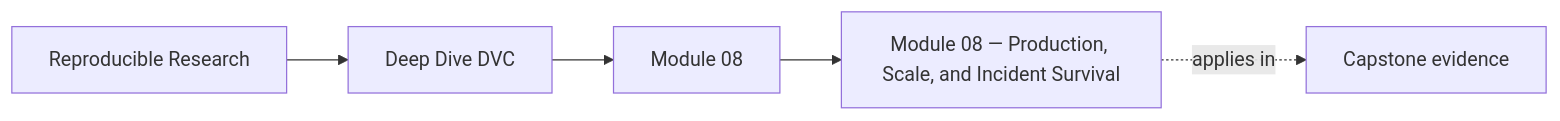
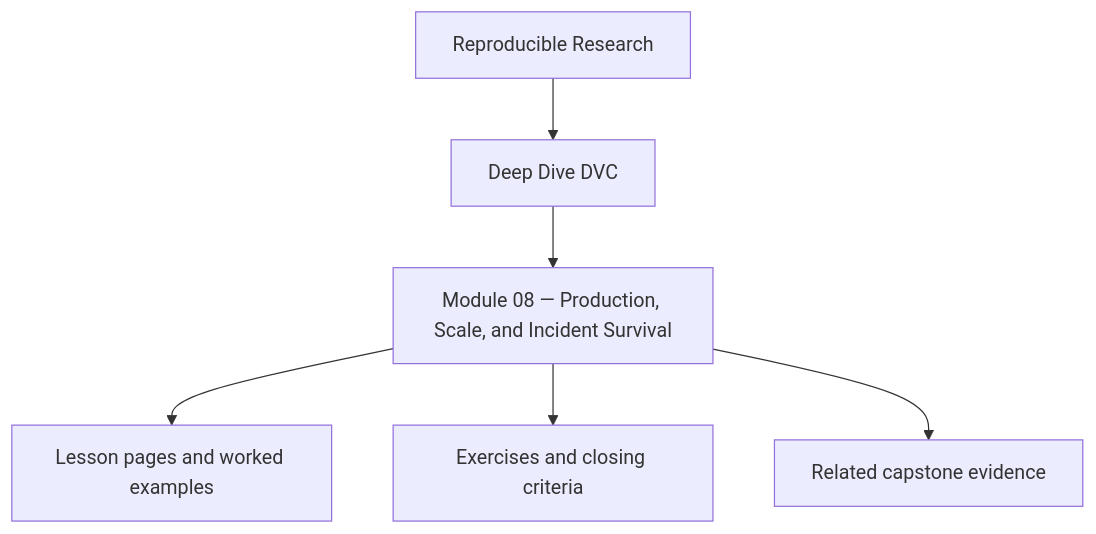
The first of 3 diagrams in programs/reproducible-research/deep-dive-dvc/course-book/module-08-production-scale-and-incident-survival/index.md (bijux/bijux-masterclass), drawn with Mermaid before and after one commit. The commit also changed other lines of this file and 10 other files, not shown here.

Commit message:
docs(deep-dive-dvc): reposition module overview diagrams

````diff
--- a/programs/reproducible-research/deep-dive-dvc/course-book/module-08-production-scale-and-incident-survival/index.md
+++ b/programs/reproducible-research/deep-dive-dvc/course-book/module-08-production-scale-and-incident-survival/index.md
@@ -7,11 +7,8 @@
 ```mermaid
-graph LR
-  family["Reproducible Research"]
-  program["Deep Dive DVC"]
-  section["Module 08"]
-  page["Module 08 — Production, Scale, and Incident Survival"]
-  capstone["Capstone evidence"]
-
-  family --> program --> section --> page
-  page -.applies in.-> capstone
+flowchart TD
+  family["Reproducible Research"] --> program["Deep Dive DVC"]
+  program --> module["Module 08 — Production, Scale, and Incident Survival"]
+  module --> lessons["Lesson pages and worked examples"]
+  module --> checkpoints["Exercises and closing criteria"]
+  module --> capstone["Related capstone evidence"]
 ```
````
